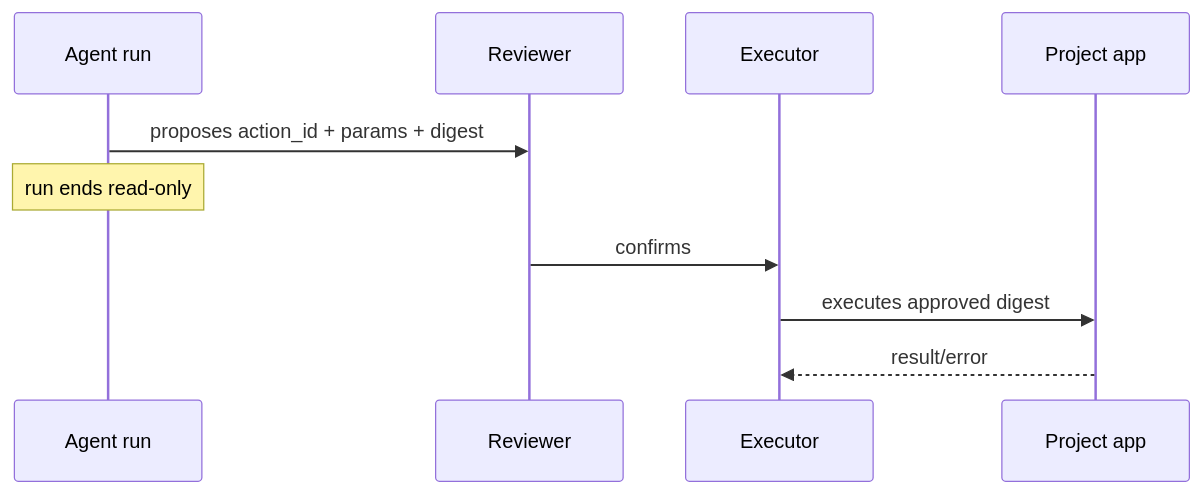
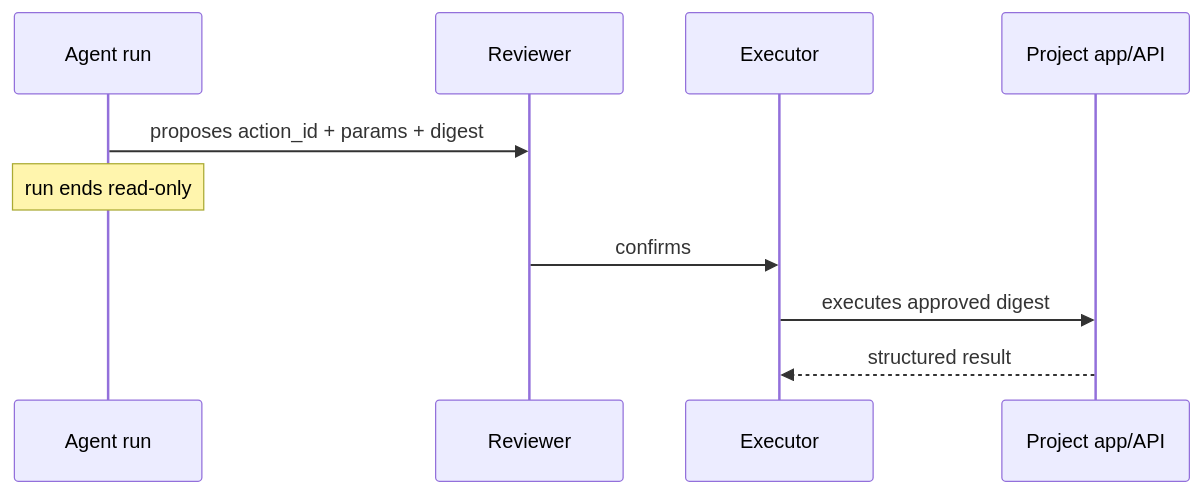
One commit to rootcause-org/rootcause-brain-skills changed the diagram in docs/actions.md. Above: the diagram before and after it, drawn with Mermaid. The commit also changed other lines of this file and 17 other files, not shown here.

````diff
--- a/docs/actions.md
+++ b/docs/actions.md
@@ -10,12 +11,12 @@
 ```mermaid
 sequenceDiagram
     participant Run as Agent run
     participant Human as Reviewer
     participant Exec as Executor
-    participant App as Project app
+    participant App as Project app/API
     Run->>Human: proposes action_id + params + digest
     Note over Run: run ends read-only
     Human->>Exec: confirms
     Exec->>App: executes approved digest
-    App-->>Exec: result/error
+    App-->>Exec: structured result
 ```
````
